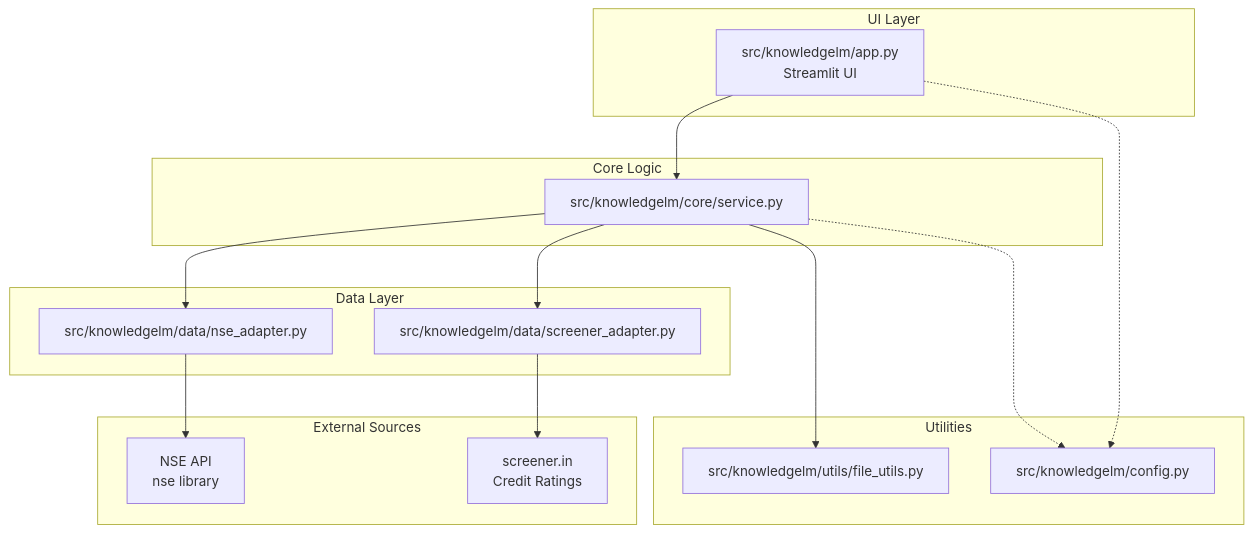
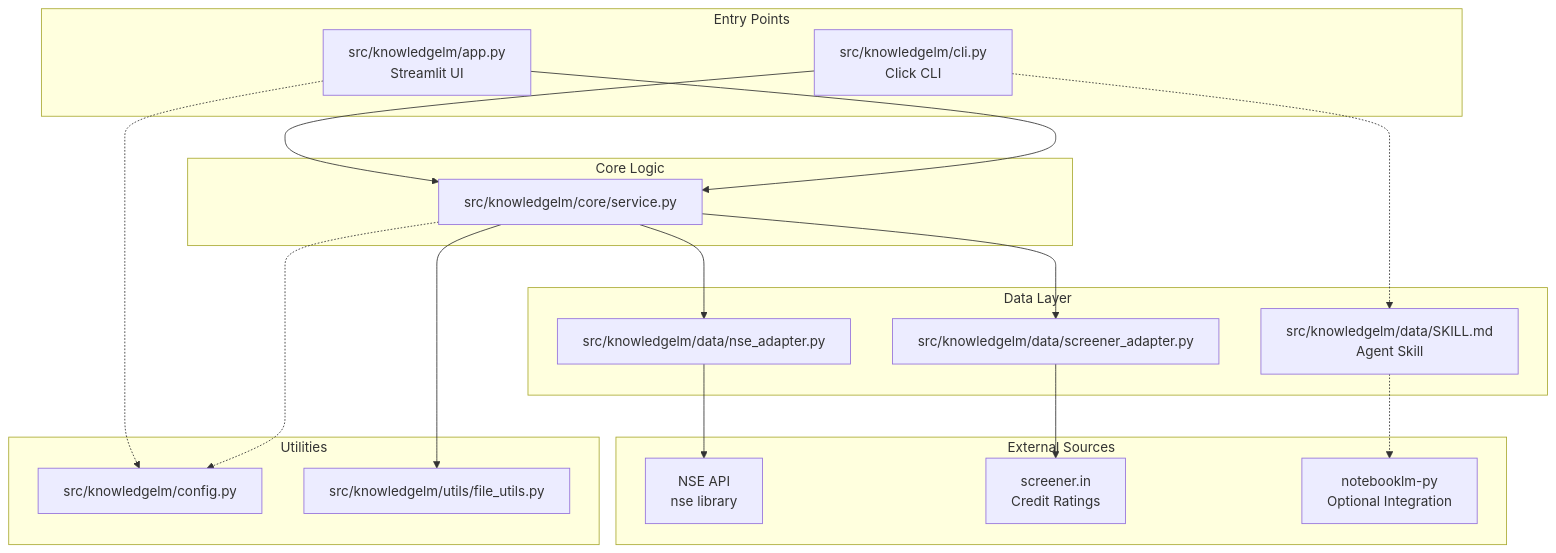
One commit to eggmasonvalue/KnowledgeLM changed the first of 2 diagrams in .context/ARCHITECTURE.md. Above: the diagram before and after it, drawn with Mermaid. The commit also changed other lines of this file and 14 other files, not shown here.

````diff
--- a/.context/ARCHITECTURE.md
+++ b/.context/ARCHITECTURE.md
@@ -5,34 +5,40 @@
 ```mermaid
 graph TD
-    subgraph UI["UI Layer"]
+    subgraph Entry["Entry Points"]
+        CLI[src/knowledgelm/cli.py<br/>Click CLI]
         APP[src/knowledgelm/app.py<br/>Streamlit UI]
     end
     
     subgraph Logic["Core Logic"]
         SRV[src/knowledgelm/core/service.py]
     end
     
     subgraph Data["Data Layer"]
         NSE_ADPT[src/knowledgelm/data/nse_adapter.py]
         SCR_ADPT[src/knowledgelm/data/screener_adapter.py]
+        SKILL[src/knowledgelm/data/SKILL.md<br/>Agent Skill]
     end
     
     subgraph Utils["Utilities"]
         CONF[src/knowledgelm/config.py]
         F_UTIL[src/knowledgelm/utils/file_utils.py]
     end
     
     subgraph External["External Sources"]
         NSE_LIB[NSE API<br/>nse library]
         SCR_WEB[screener.in<br/>Credit Ratings]
+        NLMPY[notebooklm-py<br/>Optional Integration]
     end
     
+    CLI --> SRV
     APP --> SRV
     SRV --> NSE_ADPT
     SRV --> SCR_ADPT
     SRV --> F_UTIL
     NSE_ADPT --> NSE_LIB
     SCR_ADPT --> SCR_WEB
+    CLI .-> SKILL
+    SKILL .-> NLMPY
     APP ..-> CONF
     SRV ..-> CONF
 ```
````
